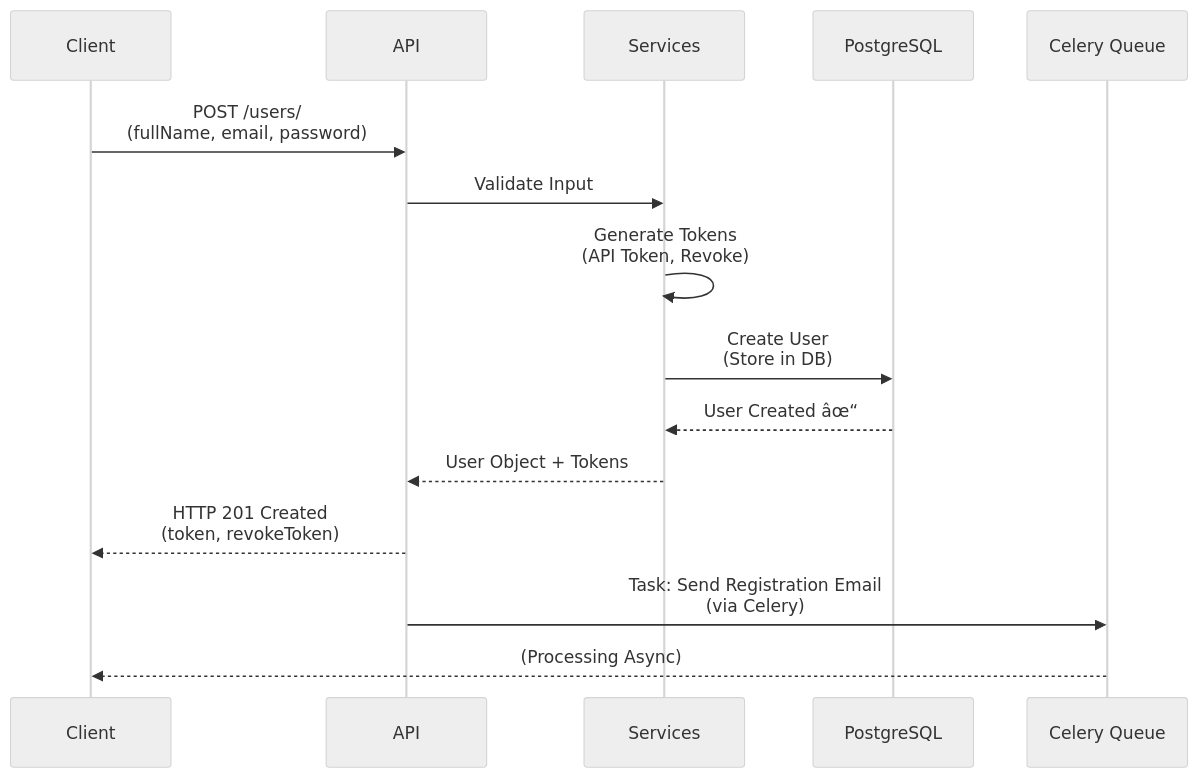
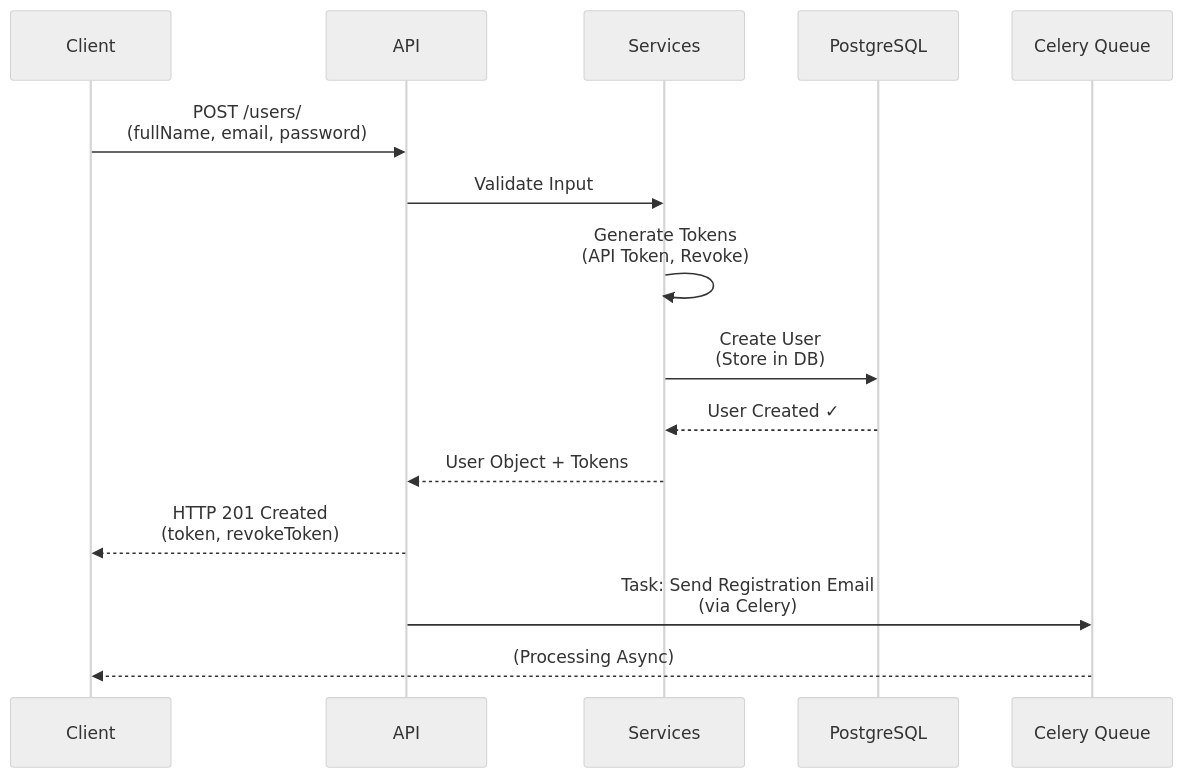
One commit to Sumit0ubey/MailAPIX changed the second of 8 diagrams in README.md. Above: the diagram before and after it, drawn with Mermaid (neutral theme). The commit also changed other lines of this file, not shown here.

````diff
--- a/README.md
+++ b/README.md
@@ -203,19 +203,19 @@
 ```mermaid
 sequenceDiagram
     participant Client
     participant API
     participant Services
     participant DB as PostgreSQL
     participant Queue as Celery Queue
 
     Client->>API: POST /users/<br/>(fullName, email, password)
     API->>Services: Validate Input
     Services->>Services: Generate Tokens<br/>(API Token, Revoke)
     Services->>DB: Create User<br/>(Store in DB)
-    DB-->>Services: User Created âœ“
+    DB-->>Services: User Created ✓
     Services-->>API: User Object + Tokens
     API-->>Client: HTTP 201 Created<br/>(token, revokeToken)
     
     API->>Queue: Task: Send Registration Email<br/>(via Celery)
     Queue-->>Client: (Processing Async)
 ```
````
